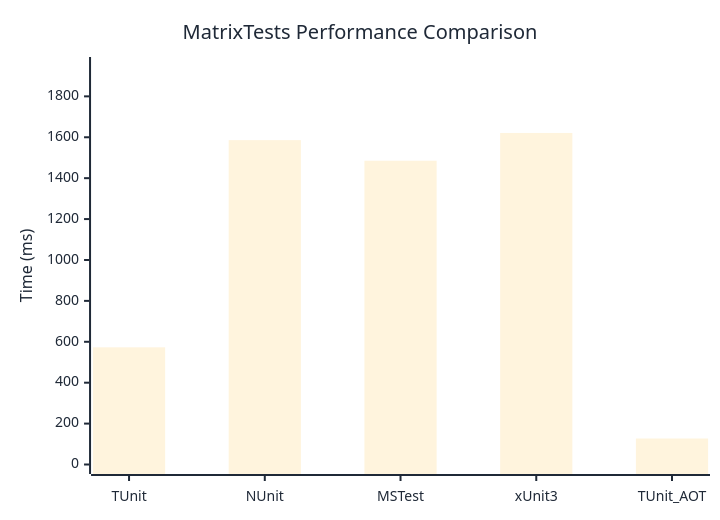
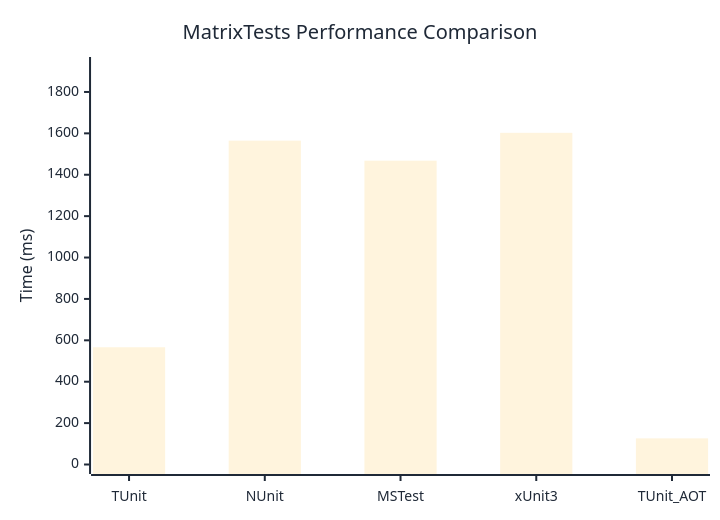
Before and after one commit to thomhurst/TUnit: the diagram in docs/docs/benchmarks/MatrixTests.md, drawn with Mermaid. The commit also changed other lines of this file and 17 other files, not shown here.

````diff
--- a/docs/docs/benchmarks/MatrixTests.md
+++ b/docs/docs/benchmarks/MatrixTests.md
@@ -27,37 +27,37 @@
 ```mermaid
 %%{init: {
   'theme':'base',
   'themeVariables': {
     'primaryColor': '#2563eb',
     'primaryTextColor': '#1f2937',
     'primaryBorderColor': '#1e40af',
     'lineColor': '#6b7280',
     'secondaryColor': '#7c3aed',
     'tertiaryColor': '#dc2626',
     'background': '#ffffff',
     'mainBkg': '#2563eb',
     'secondBkg': '#7c3aed',
     'tertiaryBkg': '#dc2626',
     'clusterBkg': '#f3f4f6',
     'edgeLabelBackground': '#ffffff',
     'tertiaryTextColor': '#1f2937',
     'pie1': '#2563eb',
     'pie2': '#7c3aed',
     'pie3': '#dc2626',
     'pie4': '#f59e0b',
     'pie5': '#10b981',
     'pie6': '#06b6d4',
     'pie7': '#ec4899',
     'pie8': '#6366f1',
     'pie9': '#84cc16',
     'pie10': '#f97316',
     'pie11': '#14b8a6',
     'pie12': '#a855f7'
   }
 }}%%
 xychart-beta
   title "MatrixTests Performance Comparison"
   x-axis ["TUnit", "NUnit", "MSTest", "xUnit3", "TUnit_AOT"]
-  y-axis "Time (ms)" 0 --> 1946
-  bar [572.9, 1586, 1485.3, 1621, 127.1]
+  y-axis "Time (ms)" 0 --> 1923
+  bar [566.5, 1564.8, 1468, 1602.5, 126.3]
 ```
````
